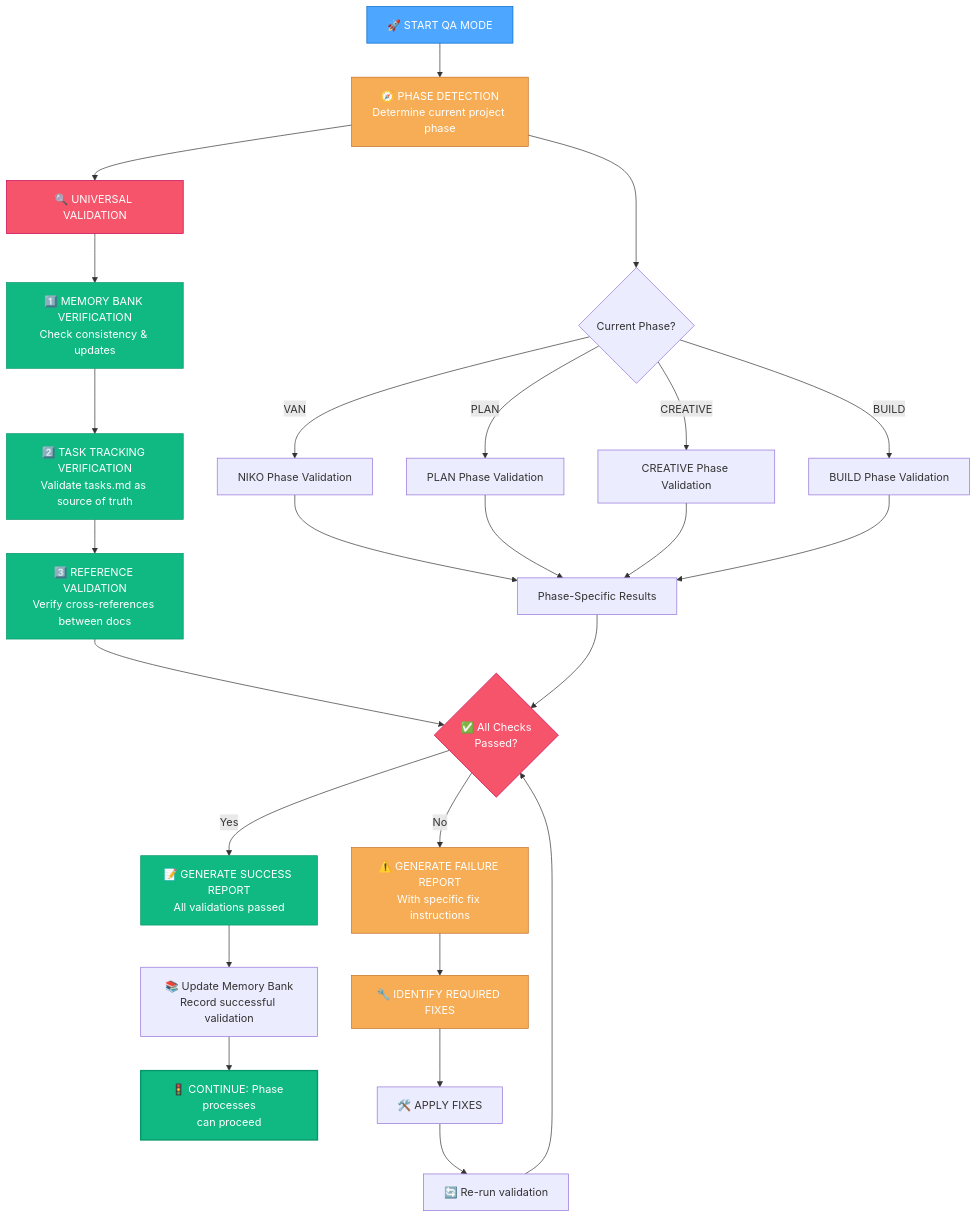
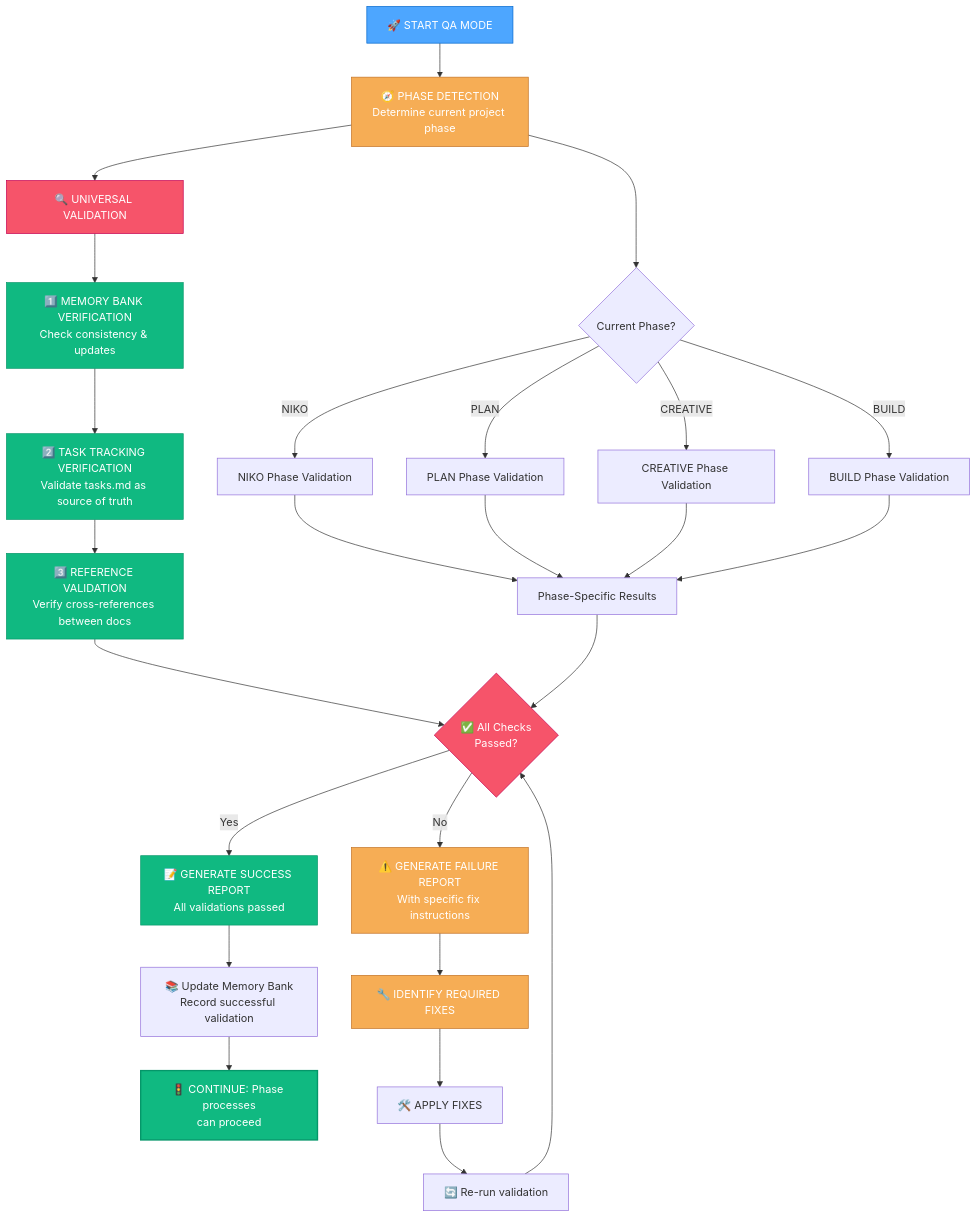
Before and after one commit to Texarkanine/.cursor-rules: the first of 10 diagrams in rulesets/niko/niko/visual-maps/qa-mode-map.mdc, drawn with Mermaid. The commit also changed other lines of this file and 1 other file, not shown here.

````diff
--- a/rulesets/niko/niko/visual-maps/qa-mode-map.mdc
+++ b/rulesets/niko/niko/visual-maps/qa-mode-map.mdc
@@ -12,48 +12,48 @@
 ```mermaid
 graph TD
     Start["🚀 START QA MODE"] --> DetectPhase["🧭 PHASE DETECTION<br>Determine current project phase"]
     
     %% Phase detection decision path
     DetectPhase --> PhaseDetermination{"Current Phase?"}
-    PhaseDetermination -->|"VAN"| VANChecks["NIKO Phase Validation"]
+    PhaseDetermination -->|"NIKO"| NIKOChecks["NIKO Phase Validation"]
     PhaseDetermination -->|"PLAN"| PLANChecks["PLAN Phase Validation"]
     PhaseDetermination -->|"CREATIVE"| CREATIVEChecks["CREATIVE Phase Validation"] 
     PhaseDetermination -->|"BUILD"| BUILDChecks["BUILD Phase Validation"]
     
     %% Universal checks that apply to all phases
     DetectPhase --> UniversalChecks["🔍 UNIVERSAL VALIDATION"]
     UniversalChecks --> MemoryBankCheck["1️⃣ MEMORY BANK VERIFICATION<br>Check consistency & updates"]
     MemoryBankCheck --> TaskTrackingCheck["2️⃣ TASK TRACKING VERIFICATION<br>Validate tasks.md as source of truth"]
     TaskTrackingCheck --> ReferenceCheck["3️⃣ REFERENCE VALIDATION<br>Verify cross-references between docs"]
     
     %% Phase-specific validations feed into comprehensive report
-    VANChecks & PLANChecks & CREATIVEChecks & BUILDChecks --> PhaseSpecificResults["Phase-Specific Results"]
+    NIKOChecks & PLANChecks & CREATIVEChecks & BUILDChecks --> PhaseSpecificResults["Phase-Specific Results"]
     ReferenceCheck & PhaseSpecificResults --> ValidationResults{"✅ All Checks<br>Passed?"}
     
     %% Results Processing
     ValidationResults -->|"Yes"| SuccessReport["📝 GENERATE SUCCESS REPORT<br>All validations passed"]
     ValidationResults -->|"No"| FailureReport["⚠️ GENERATE FAILURE REPORT<br>With specific fix instructions"]
     
     %% Success Path
     SuccessReport --> UpdateMB["📚 Update Memory Bank<br>Record successful validation"]
     UpdateMB --> ContinueProcess["🚦 CONTINUE: Phase processes<br>can proceed"]
     
     %% Failure Path
     FailureReport --> IdentifyFixes["🔧 IDENTIFY REQUIRED FIXES"]
     IdentifyFixes --> ApplyFixes["🛠️ APPLY FIXES"]
     ApplyFixes --> Revalidate["🔄 Re-run validation"]
     Revalidate --> ValidationResults
     
     %% Style nodes for clarity
     style Start fill:#4da6ff,stroke:#0066cc,color:white
     style DetectPhase fill:#f6ad55,stroke:#c27022,color:white
     style UniversalChecks fill:#f6546a,stroke:#c30052,color:white
     style MemoryBankCheck fill:#10b981,stroke:#059669,color:white
     style TaskTrackingCheck fill:#10b981,stroke:#059669,color:white
     style ReferenceCheck fill:#10b981,stroke:#059669,color:white
     style ValidationResults fill:#f6546a,stroke:#c30052,color:white
     style SuccessReport fill:#10b981,stroke:#059669,color:white
     style FailureReport fill:#f6ad55,stroke:#c27022,color:white
     style ContinueProcess fill:#10b981,stroke:#059669,color:white,stroke-width:2px
     style IdentifyFixes fill:#f6ad55,stroke:#c27022,color:white
 ```
````
